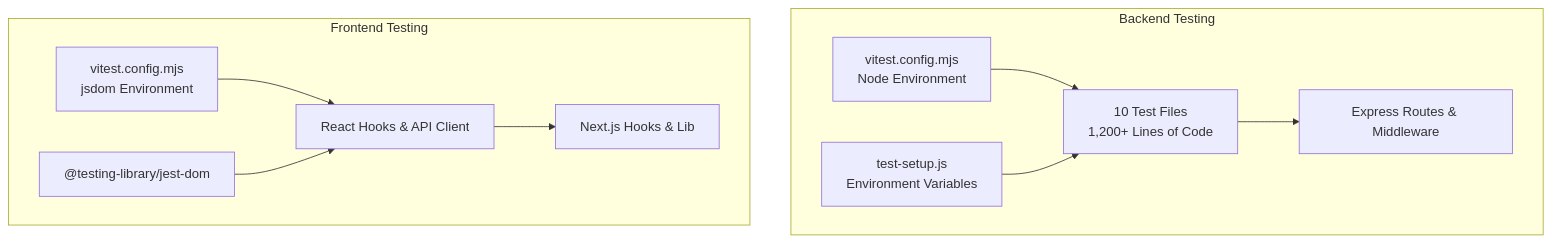
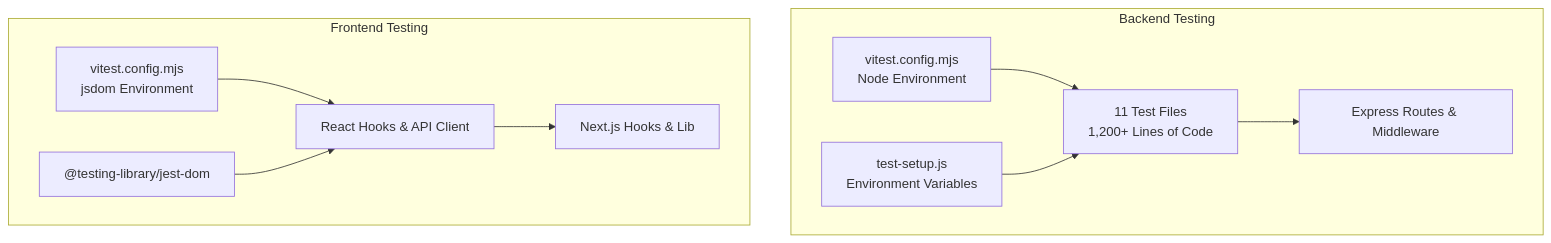
Before and after one commit to ZandileMkontwana/olympiad-portal: the first of 10 diagrams in .qoder/repowiki/en/content/Testing Strategy.md, drawn with Mermaid. The commit also changed other lines of this file and 5 other files, not shown here.

````diff
--- a/.qoder/repowiki/en/content/Testing Strategy.md
+++ b/.qoder/repowiki/en/content/Testing Strategy.md
@@ -66,21 +67,21 @@
 ```mermaid
 graph TB
 subgraph "Backend Testing"
 B_CFG["vitest.config.mjs<br/>Node Environment"]
 B_SETUP["test-setup.js<br/>Environment Variables"]
-B_TESTS["10 Test Files<br/>1,200+ Lines of Code"]
+B_TESTS["11 Test Files<br/>1,200+ Lines of Code"]
 B_SRC["Express Routes & Middleware"]
 end
 subgraph "Frontend Testing"
 F_CFG["vitest.config.mjs<br/>jsdom Environment"]
 F_SETUP["@testing-library/jest-dom"]
 F_TESTS["React Hooks & API Client"]
 F_SRC["Next.js Hooks & Lib"]
 end
 B_CFG --> B_TESTS
 B_SETUP --> B_TESTS
 B_TESTS --> B_SRC
 F_CFG --> F_TESTS
 F_SETUP --> F_TESTS
 F_TESTS --> F_SRC
 ```
````
